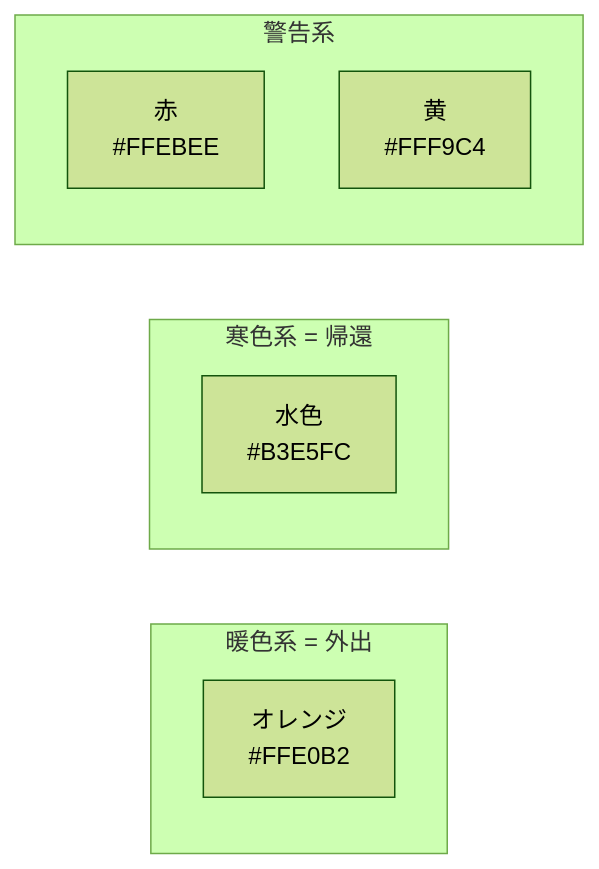
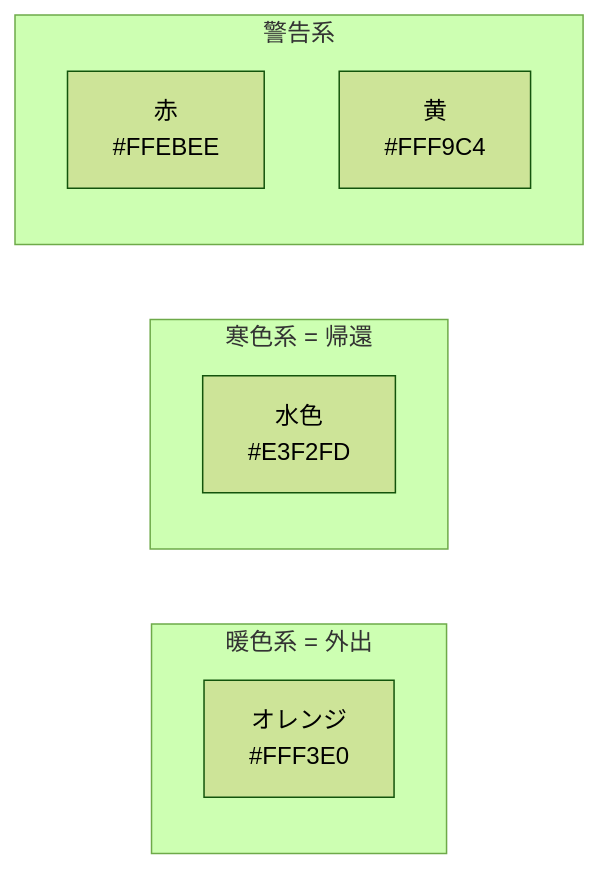
One commit to kuwayamamasayuki/ICCardManager changed the seventh of 7 diagrams in ICCardManager/docs/manual/開発者ガイド.md. Above: the diagram before and after it, drawn with Mermaid (forest theme). The commit also changed other lines of this file and 2 other files, not shown here.

````diff
--- a/ICCardManager/docs/manual/開発者ガイド.md
+++ b/ICCardManager/docs/manual/開発者ガイド.md
@@ -1133,15 +1135,15 @@
 ```mermaid
 graph LR
     subgraph "暖色系 = 外出"
-        ORANGE[オレンジ<br>#FFE0B2]
+        ORANGE[オレンジ<br>#FFF3E0]
     end
 
     subgraph "寒色系 = 帰還"
-        BLUE[水色<br>#B3E5FC]
+        BLUE[水色<br>#E3F2FD]
     end
 
     subgraph "警告系"
         RED[赤<br>#FFEBEE]
         YELLOW[黄<br>#FFF9C4]
     end
 ```
````
